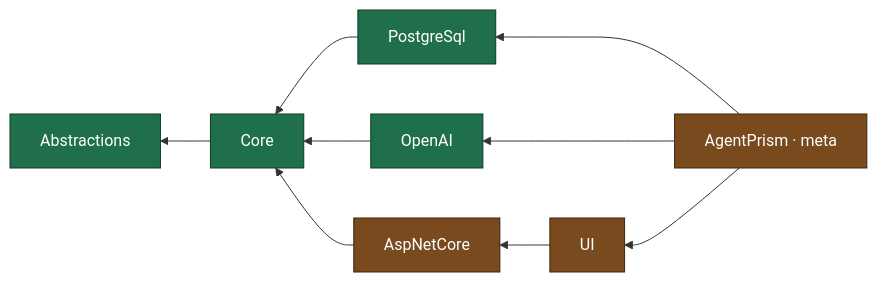
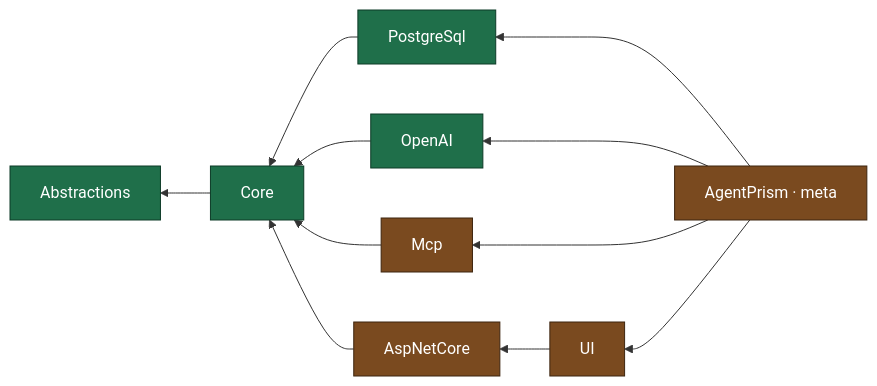
Before and after one commit to farukatasoy/Tracon: the second of 9 diagrams in docs/MIMARI.md, drawn with Mermaid. The commit also changed other lines of this file and 104 other files, not shown here.

````diff
--- a/docs/MIMARI.md
+++ b/docs/MIMARI.md
@@ -97,16 +107,18 @@
 ```mermaid
 flowchart RL
     PostgreSql --> Core
     OpenAI --> Core
+    Mcp --> Core
     AspNetCore --> Core
     UI --> AspNetCore
     Core --> Abstractions
     Meta["AgentPrism · meta"] --> UI
     Meta --> PostgreSql
     Meta --> OpenAI
+    Meta --> Mcp
 
     classDef aot fill:#1f6f4a,stroke:#0d3b27,color:#ffffff
     classDef notaot fill:#7a4a1f,stroke:#3d250f,color:#ffffff
     class Abstractions,Core,PostgreSql,OpenAI aot
-    class AspNetCore,UI,Meta notaot
+    class AspNetCore,UI,Mcp,Meta notaot
 ```
````
